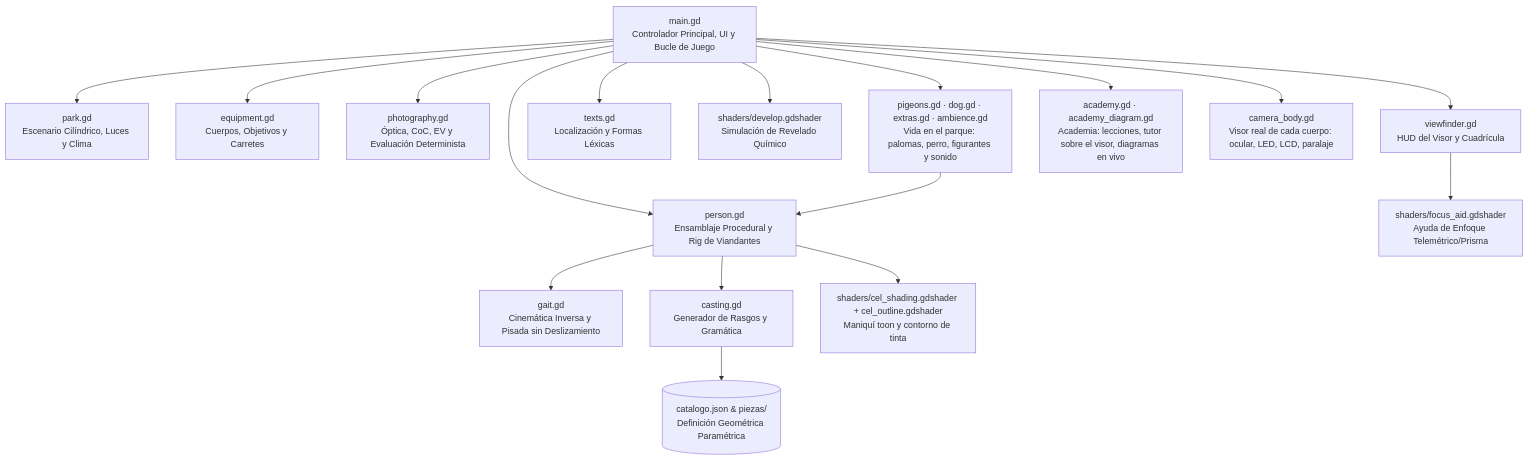
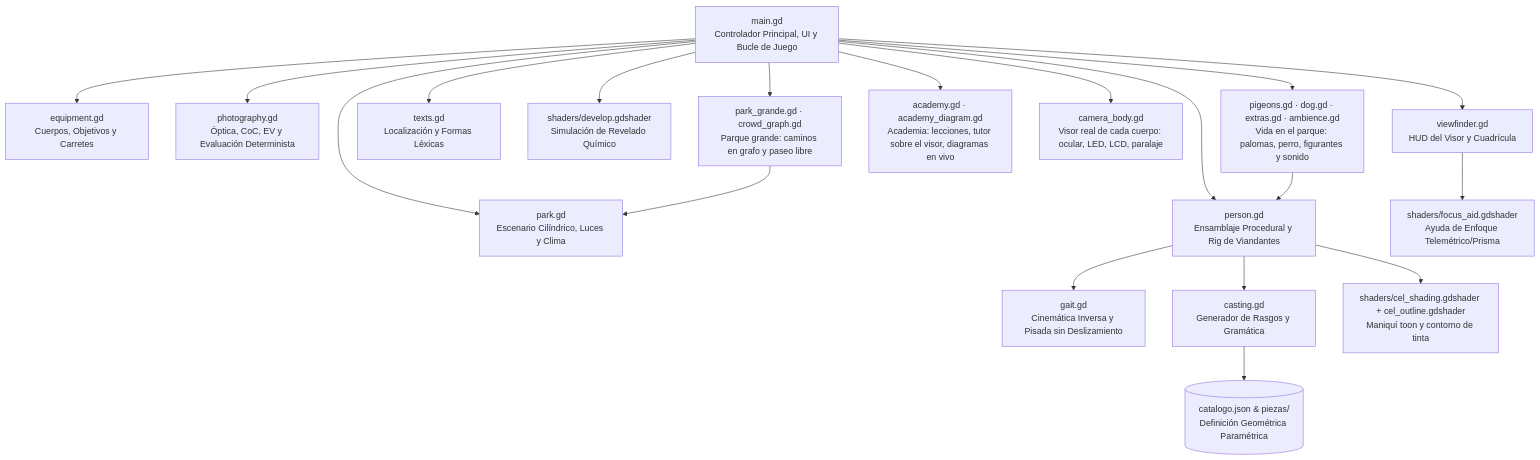
One commit to Ganso/proyecto-paparazzi changed the first of 2 diagrams in docs/ARQUITECTURA.md. Above: the diagram before and after it, drawn with Mermaid. The commit also changed 6 other files, not shown here.

Commit message:
docs: parque grande (01 §6), pruebas, escenarios en README, AGENTS y ARQUITECTURA

````diff
--- a/docs/ARQUITECTURA.md
+++ b/docs/ARQUITECTURA.md
@@ -23,21 +23,23 @@
 ```mermaid
 graph TD
     A[main.gd<br/>Controlador Principal, UI y Bucle de Juego] --> B[park.gd<br/>Escenario Cilíndrico, Luces y Clima]
     A --> C[person.gd<br/>Ensamblaje Procedural y Rig de Viandantes]
     A --> D[equipment.gd<br/>Cuerpos, Objetivos y Carretes]
     A --> E[photography.gd<br/>Óptica, CoC, EV y Evaluación Determinista]
     A --> F[viewfinder.gd<br/>HUD del Visor y Cuadrícula]
     A --> G[texts.gd<br/>Localización y Formas Léxicas]
 
     C --> H[gait.gd<br/>Cinemática Inversa y Pisada sin Deslizamiento]
     C --> I[casting.gd<br/>Generador de Rasgos y Gramática]
     I --> J[(catalogo.json & piezas/<br/>Definición Geométrica Paramétrica)]
 
     A --> K[shaders/develop.gdshader<br/>Simulación de Revelado Químico]
     F --> L[shaders/focus_aid.gdshader<br/>Ayuda de Enfoque Telemétrico/Prisma]
     C --> M[shaders/cel_shading.gdshader + cel_outline.gdshader<br/>Maniquí toon y contorno de tinta]
     A --> N[pigeons.gd · dog.gd · extras.gd · ambience.gd<br/>Vida en el parque: palomas, perro, figurantes y sonido]
     A --> O[academy.gd · academy_diagram.gd<br/>Academia: lecciones, tutor sobre el visor, diagramas en vivo]
     A --> P[camera_body.gd<br/>Visor real de cada cuerpo: ocular, LED, LCD, paralaje]
+    A --> Q[park_grande.gd · crowd_graph.gd<br/>Parque grande: caminos en grafo y paseo libre]
+    Q --> B
     N --> C
 ```
````
